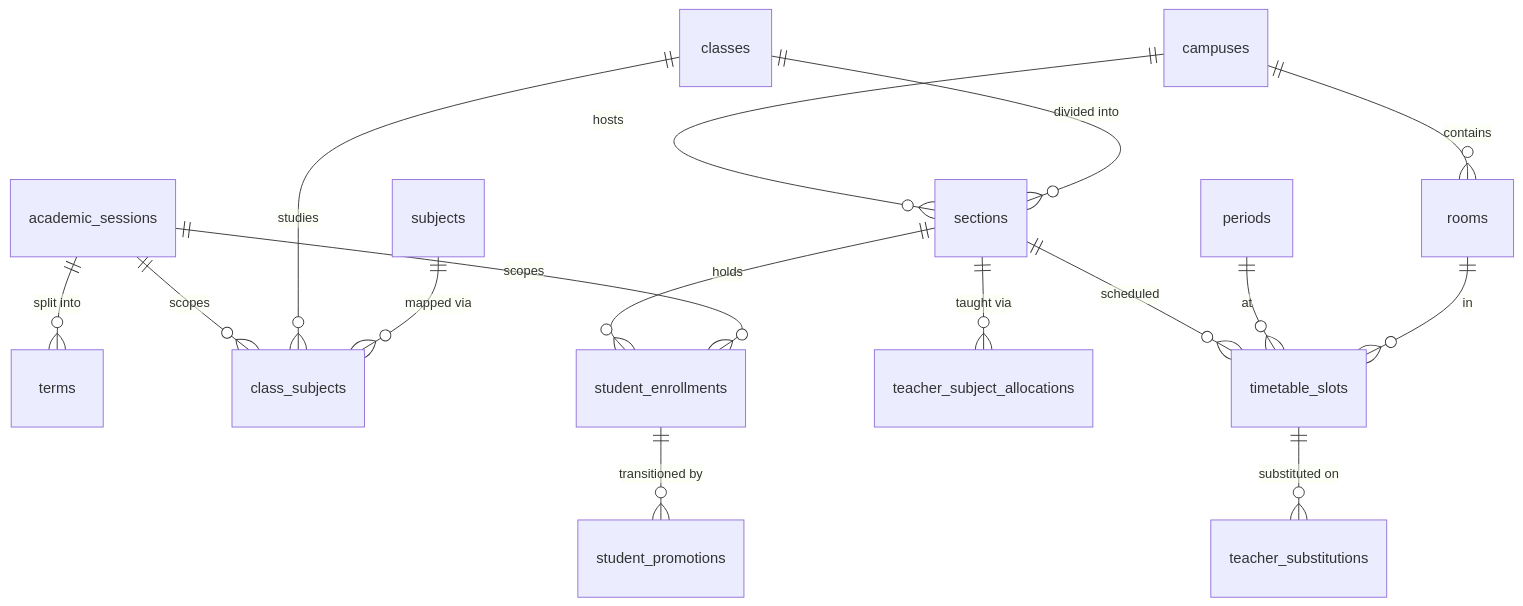
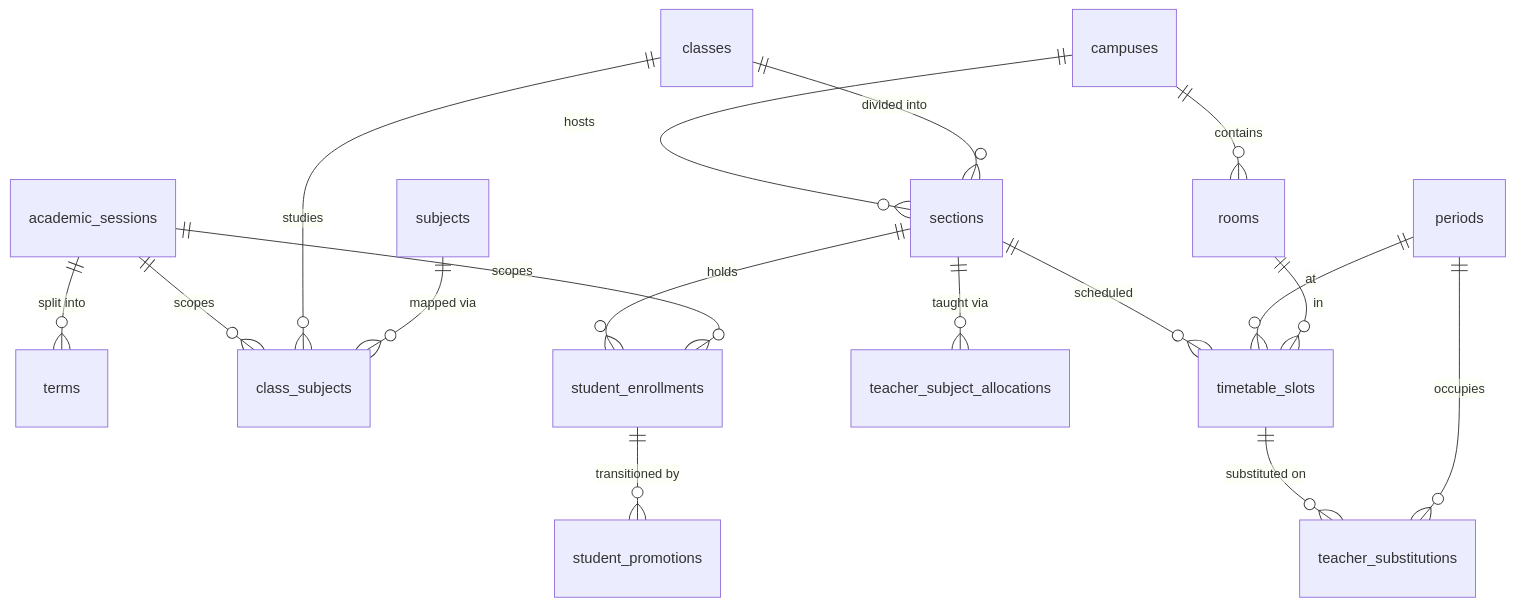
One commit to sameer-sultan41/schoolhub changed the diagram in docs/05-database/entities/academics.md. Above: the diagram before and after it, drawn with Mermaid. The commit also changed other lines of this file and 19 other files, not shown here.

````diff
--- a/docs/05-database/entities/academics.md
+++ b/docs/05-database/entities/academics.md
@@ -302,18 +305,19 @@
 ```mermaid
 erDiagram
     campuses ||--o{ sections : hosts
     campuses ||--o{ rooms : contains
     classes ||--o{ sections : "divided into"
     academic_sessions ||--o{ terms : "split into"
     academic_sessions ||--o{ class_subjects : scopes
     classes ||--o{ class_subjects : studies
     subjects ||--o{ class_subjects : "mapped via"
     sections ||--o{ student_enrollments : holds
     academic_sessions ||--o{ student_enrollments : scopes
     sections ||--o{ teacher_subject_allocations : "taught via"
     student_enrollments ||--o{ student_promotions : "transitioned by"
     sections ||--o{ timetable_slots : scheduled
     periods ||--o{ timetable_slots : "at"
     rooms ||--o{ timetable_slots : "in"
     timetable_slots ||--o{ teacher_substitutions : "substituted on"
+    periods ||--o{ teacher_substitutions : "occupies"
 ```
````
